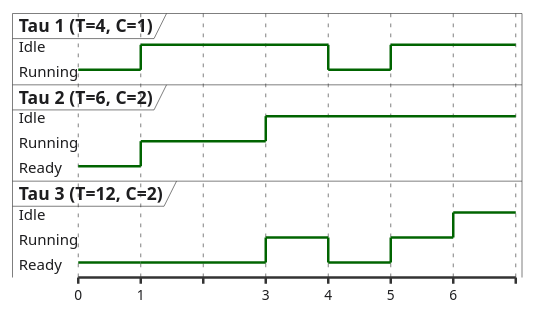
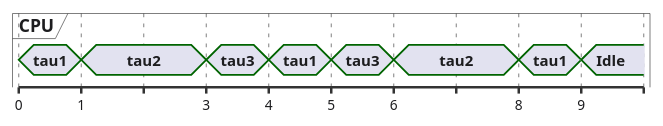
One commit to dantschi/echtzeitsysteme changed the fifth of 8 diagrams in vorlesungen/02_scheduling-theorie.qmd. Above: the diagram before and after it, drawn with PlantUML. The commit also changed other lines of this file and 1 other file, not shown here.

````diff
--- a/vorlesungen/02_scheduling-theorie.qmd
+++ b/vorlesungen/02_scheduling-theorie.qmd
@@ -575,45 +590,31 @@
 ```{.plantuml}
 @startuml
 skinparam backgroundColor transparent
 skinparam defaultFontName "Inter, sans-serif"
 skinparam defaultFontColor #1D1D1F
 skinparam ArrowColor #86868B
-skinparam NoteBackgroundColor #F5F5F7
-skinparam NoteBorderColor #E5E5EA
 skinparam timing {
   BackgroundColor #FFFFFF
   BorderColor #E5E5EA
   LineColor #1D1D1F
   SignalColor #E2001A
 }
-
-robust "Tau 1 (T=4, C=1)" as T1
-robust "Tau 2 (T=6, C=2)" as T2
-robust "Tau 3 (T=12, C=2)" as T3
-
+concise "CPU" as CPU
 @0
-T1 is Running
-T2 is Ready
-T3 is Ready
-
+CPU is tau1
 @1
-T1 is Idle
-T2 is Running
-T3 is Ready
-
+CPU is tau2
 @3
-T2 is Idle
-T3 is Running
-
+CPU is tau3
 @4
-T1 is Running
-T3 is Ready
-
+CPU is tau1
 @5
-T1 is Idle
-T3 is Running
-
+CPU is tau3
 @6
-T3 is Idle
+CPU is tau2
+@8
+CPU is tau1
+@9
+CPU is Idle
 @enduml
 ```
````
